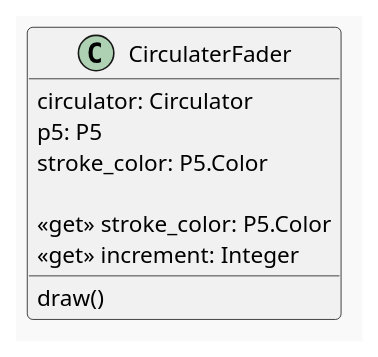
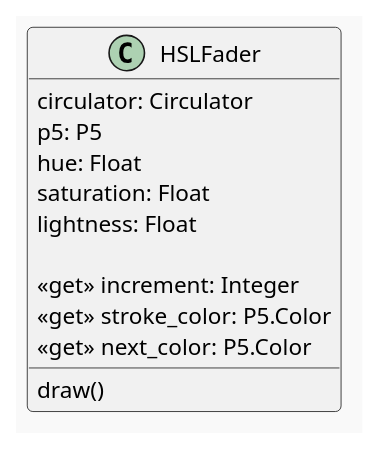
One commit to necromuralist/Ape-Iron changed the second of 2 diagrams in posts/generative-art-a-wavy-circle.org. Above: the diagram before and after it, drawn with PlantUML. The commit also changed other lines of this file and 2 other files, not shown here.

Commit message:
Changed CirculaterFader to HSL Fader

```diff
--- a/posts/generative-art-a-wavy-circle.org
+++ b/posts/generative-art-a-wavy-circle.org
@@ -142,15 +142,18 @@
 #+begin_src plantuml :file ../files/posts/generative-art-a-wavy-circle/circulaterfader.png :exports none
 !theme mars
 
-class CirculaterFader {
+class HSLFader {
 
   circulator: Circulator
   p5: P5
-  stroke_color: P5.Color
+  hue: Float
+  saturation: Float
+  lightness: Float
 
+  <<get>> increment: Integer
   <<get>> stroke_color: P5.Color
-  <<get>> increment: Integer
+  <<get>> next_color: P5.Color
 
   draw()
 }
 #+end_src
```
